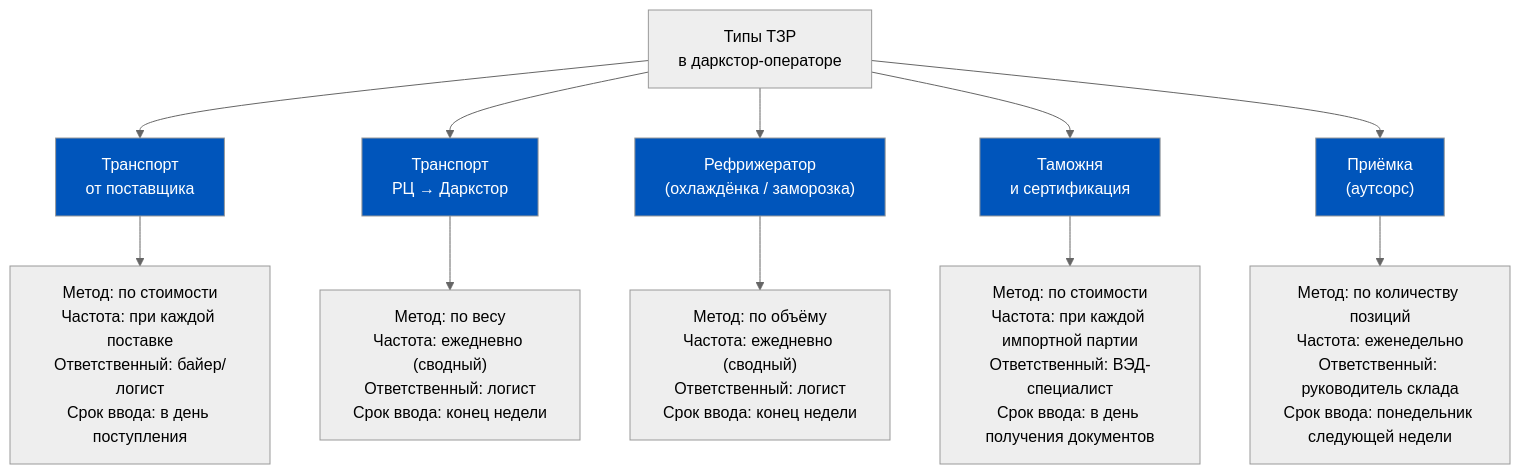
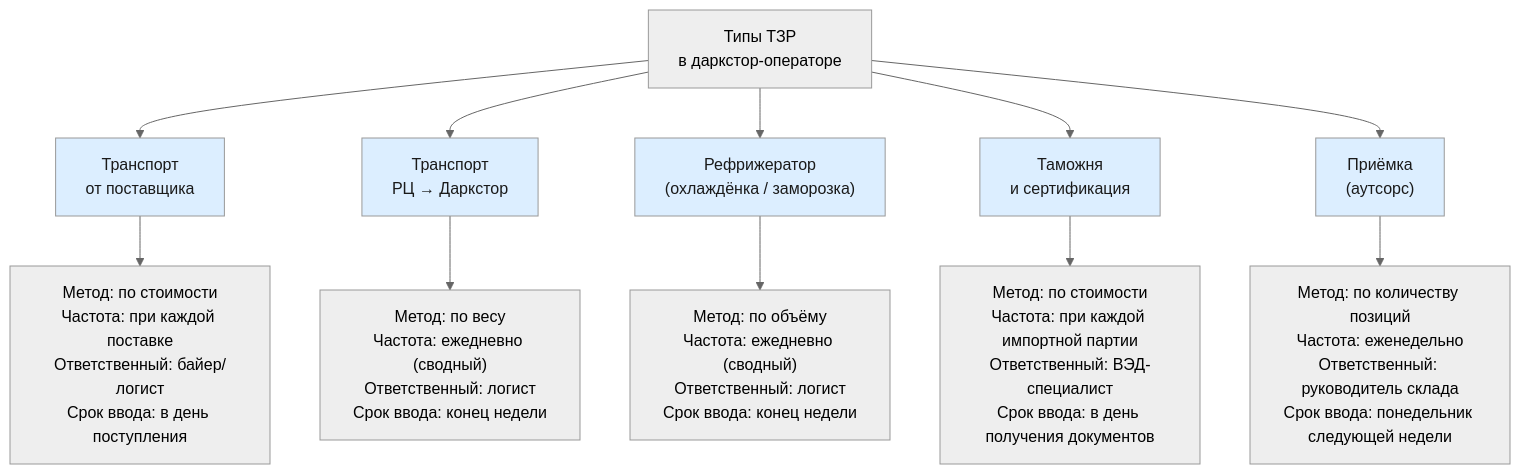
Before and after one commit to murad1986/1c-erp-quartz: the fifth of 6 diagrams in content/1c-erp/week_8/Неделя 8 - День 2 - Транспортно-заготовительные расходы.md, drawn with Mermaid (neutral theme). The commit also changed other lines of this file and 57 other files, not shown here.

First line of the commit message:
fix: Mermaid — пастельные цвета в источниках диаграмм (56 файлов)

````diff
--- a/content/1c-erp/week_8/Неделя 8 - День 2 - Транспортно-заготовительные расходы.md
+++ b/content/1c-erp/week_8/Неделя 8 - День 2 - Транспортно-заготовительные расходы.md
@@ -344,24 +344,24 @@
 ```mermaid
 flowchart TD
     A["Типы ТЗР<br/>в даркстор-операторе"] --> B["Транспорт<br/>от поставщика"]
     A --> C["Транспорт<br/>РЦ → Даркстор"]
     A --> D["Рефрижератор<br/>(охлаждёнка / заморозка)"]
     A --> E["Таможня<br/>и сертификация"]
     A --> F["Приёмка<br/>(аутсорс)"]
 
     B --> B1["Метод: по стоимости<br/>Частота: при каждой поставке<br/>Ответственный: байер/логист<br/>Срок ввода: в день поступления"]
 
     C --> C1["Метод: по весу<br/>Частота: ежедневно (сводный)<br/>Ответственный: логист<br/>Срок ввода: конец недели"]
 
     D --> D1["Метод: по объёму<br/>Частота: ежедневно (сводный)<br/>Ответственный: логист<br/>Срок ввода: конец недели"]
 
     E --> E1["Метод: по стоимости<br/>Частота: при каждой импортной партии<br/>Ответственный: ВЭД-специалист<br/>Срок ввода: в день получения документов"]
 
     F --> F1["Метод: по количеству позиций<br/>Частота: еженедельно<br/>Ответственный: руководитель склада<br/>Срок ввода: понедельник следующей недели"]
 
-    style B fill:#0055BB,color:#fff
-    style C fill:#0055BB,color:#fff
-    style D fill:#0055BB,color:#fff
-    style E fill:#0055BB,color:#fff
-    style F fill:#0055BB,color:#fff
+    style B fill:#dceeff,color:#1a1a1a
+    style C fill:#dceeff,color:#1a1a1a
+    style D fill:#dceeff,color:#1a1a1a
+    style E fill:#dceeff,color:#1a1a1a
+    style F fill:#dceeff,color:#1a1a1a
 ```
````
